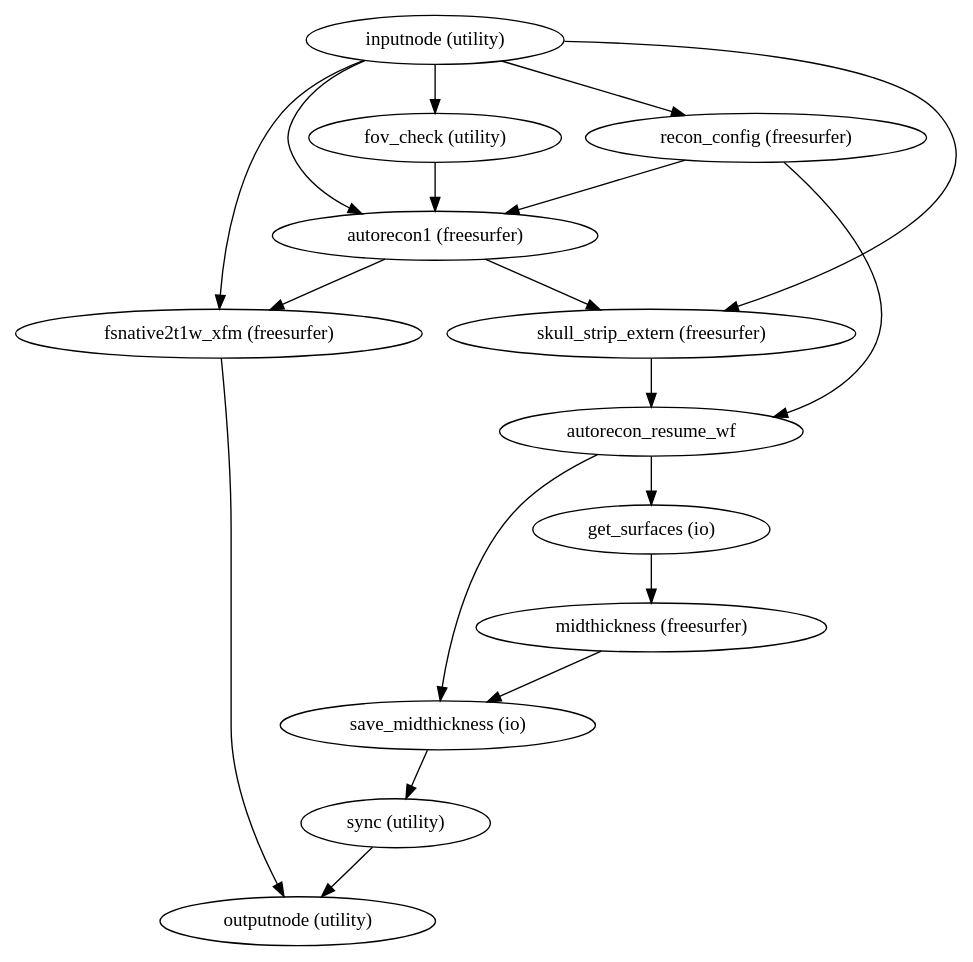
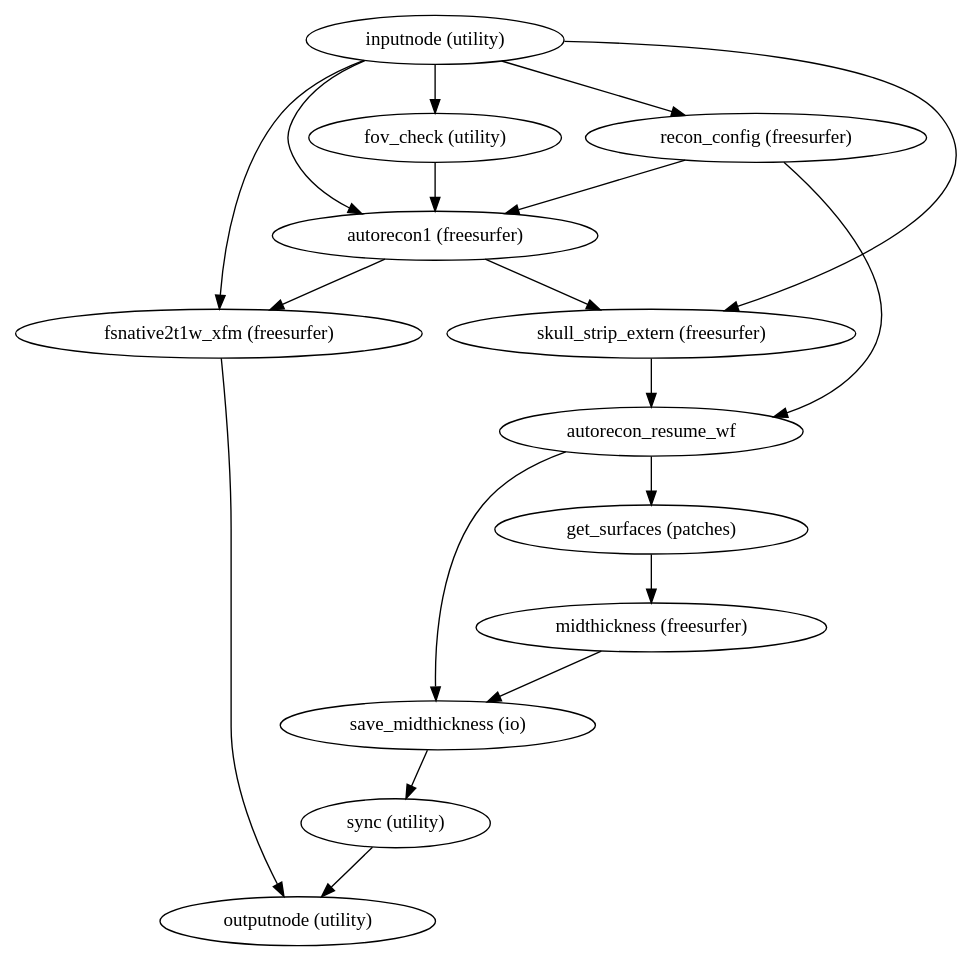
The diagram in wf_directive/api/surface_recon_wf/smriprep-workflows-surfaces-11.dot (laviniawuensch/smriprep), drawn with Graphviz before and after one commit. The commit also changed 2568 other files, not shown here.

```diff
--- a/wf_directive/api/surface_recon_wf/smriprep-workflows-surfaces-11.dot
+++ b/wf_directive/api/surface_recon_wf/smriprep-workflows-surfaces-11.dot
@@ -1,32 +1,32 @@
 strict digraph  {
 "inputnode (utility)";
 "recon_config (freesurfer)";
 "autorecon1 (freesurfer)";
 "fov_check (utility)";
 "skull_strip_extern (freesurfer)";
 "fsnative2t1w_xfm (freesurfer)";
 "autorecon_resume_wf";
-"get_surfaces (io)";
+"get_surfaces (patches)";
 "save_midthickness (io)";
 "midthickness (freesurfer)";
 "sync (utility)";
 "outputnode (utility)";
 "inputnode (utility)" -> "recon_config (freesurfer)";
 "inputnode (utility)" -> "autorecon1 (freesurfer)";
 "inputnode (utility)" -> "fov_check (utility)";
 "inputnode (utility)" -> "skull_strip_extern (freesurfer)";
 "inputnode (utility)" -> "fsnative2t1w_xfm (freesurfer)";
 "recon_config (freesurfer)" -> "autorecon1 (freesurfer)";
 "recon_config (freesurfer)" -> "autorecon_resume_wf";
 "autorecon1 (freesurfer)" -> "skull_strip_extern (freesurfer)";
 "autorecon1 (freesurfer)" -> "fsnative2t1w_xfm (freesurfer)";
 "fov_check (utility)" -> "autorecon1 (freesurfer)";
 "skull_strip_extern (freesurfer)" -> "autorecon_resume_wf";
 "fsnative2t1w_xfm (freesurfer)" -> "outputnode (utility)";
-"autorecon_resume_wf" -> "get_surfaces (io)";
+"autorecon_resume_wf" -> "get_surfaces (patches)";
 "autorecon_resume_wf" -> "save_midthickness (io)";
-"get_surfaces (io)" -> "midthickness (freesurfer)";
+"get_surfaces (patches)" -> "midthickness (freesurfer)";
 "save_midthickness (io)" -> "sync (utility)";
 "midthickness (freesurfer)" -> "save_midthickness (io)";
 "sync (utility)" -> "outputnode (utility)";
 }
```
